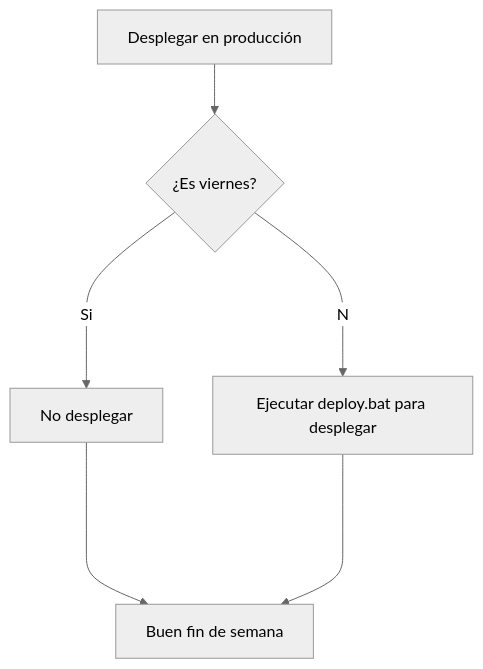
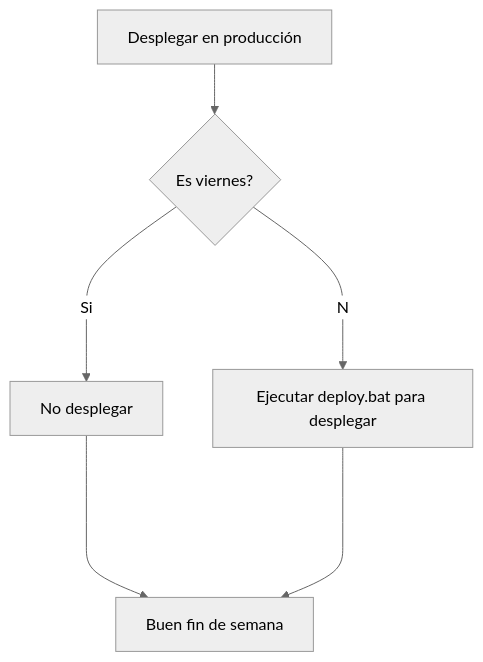
One commit to edgardma/Manuales changed the second of 2 diagrams in GitHub/README.md. Above: the diagram before and after it, drawn with Mermaid (neutral theme).

Commit message:
Correción de un caracter

````diff
--- a/GitHub/README.md
+++ b/GitHub/README.md
@@ -15,8 +15,8 @@
 ```mermaid
 flowchart TD;
-    A[Desplegar en producción]-->B{¿Es viernes?};
+    A[Desplegar en producción]-->B{Es viernes?};
     B--Si-->C[No desplegar];
     B--No-->D[Ejecutar deploy.bat para desplegar];
     C---->E[Buen fin de semana];
     D---->E[Buen fin de semana];
 ```
````
